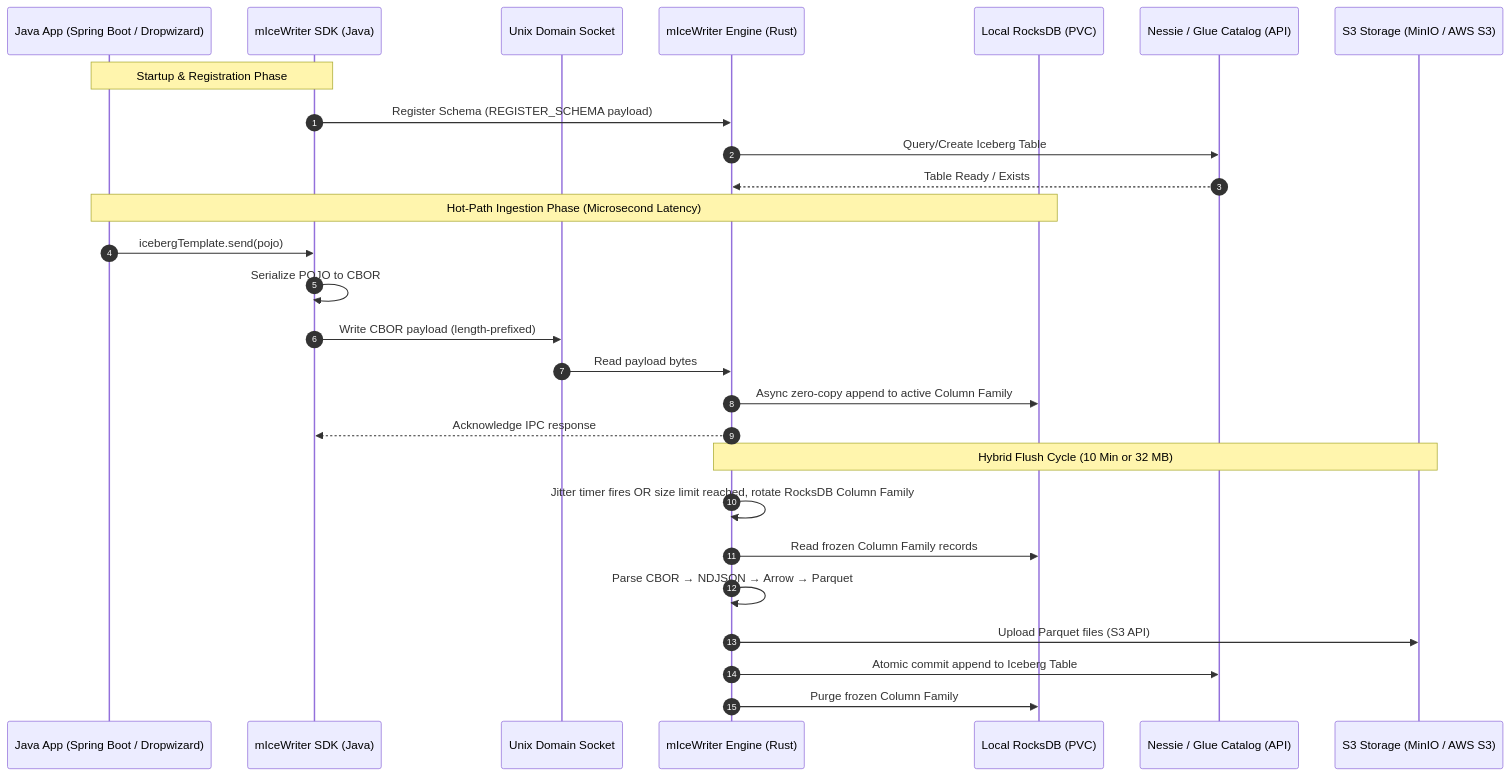
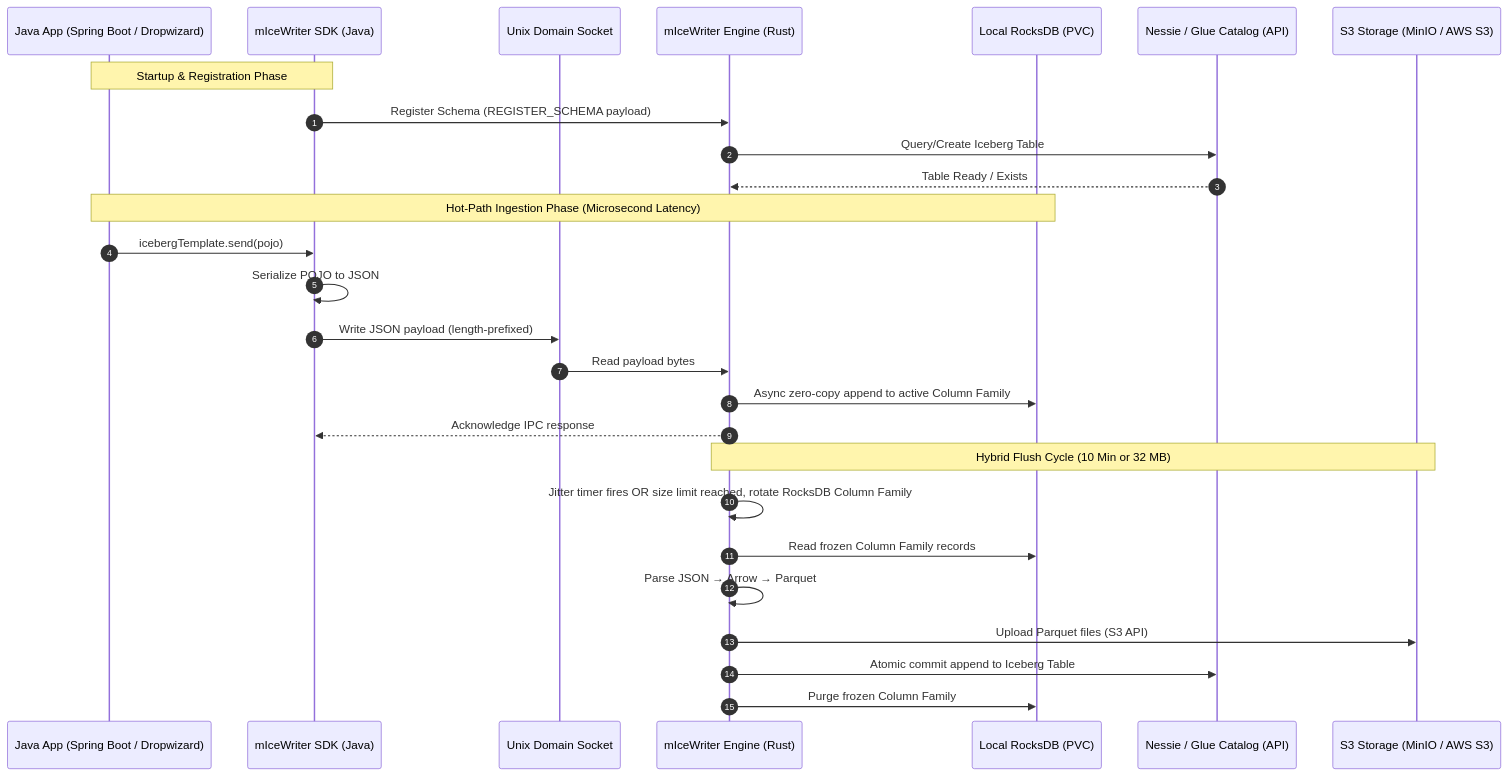
The diagram in docs/system-overview.md (markovarghese/micewriter-hub), drawn with Mermaid before and after one commit. The commit also changed other lines of this file and 6 other files, not shown here.

Commit message:
docs: Completely eradicate legacy CBOR and NDJSON references across all docs

````diff
--- a/docs/system-overview.md
+++ b/docs/system-overview.md
@@ -14,32 +14,32 @@
 ```mermaid
 sequenceDiagram
     autonumber
     participant App as Java App (Spring Boot / Dropwizard)
     participant SDK as mIceWriter SDK (Java)
     participant UDS as Unix Domain Socket
     participant Engine as mIceWriter Engine (Rust)
     participant RocksDB as Local RocksDB (PVC)
     participant Catalog as Nessie / Glue Catalog (API)
     participant ObjectStore as S3 Storage (MinIO / AWS S3)
 
     Note over App,SDK: Startup & Registration Phase
     SDK->>Engine: Register Schema (REGISTER_SCHEMA payload)
     Engine->>Catalog: Query/Create Iceberg Table
     Catalog-->>Engine: Table Ready / Exists
 
     Note over App,RocksDB: Hot-Path Ingestion Phase (Microsecond Latency)
     App->>SDK: icebergTemplate.send(pojo)
-    SDK->>SDK: Serialize POJO to CBOR
-    SDK->>UDS: Write CBOR payload (length-prefixed)
+    SDK->>SDK: Serialize POJO to JSON
+    SDK->>UDS: Write JSON payload (length-prefixed)
     UDS->>Engine: Read payload bytes
     Engine->>RocksDB: Async zero-copy append to active Column Family
     Engine-->>SDK: Acknowledge IPC response
 
     Note over Engine,ObjectStore: Hybrid Flush Cycle (10 Min or 32 MB)
     Engine->>Engine: Jitter timer fires OR size limit reached, rotate RocksDB Column Family
     Engine->>RocksDB: Read frozen Column Family records
-    Engine->>Engine: Parse CBOR → NDJSON → Arrow → Parquet
+    Engine->>Engine: Parse JSON → Arrow → Parquet
     Engine->>ObjectStore: Upload Parquet files (S3 API)
     Engine->>Catalog: Atomic commit append to Iceberg Table
     Engine->>RocksDB: Purge frozen Column Family
 ```
````
